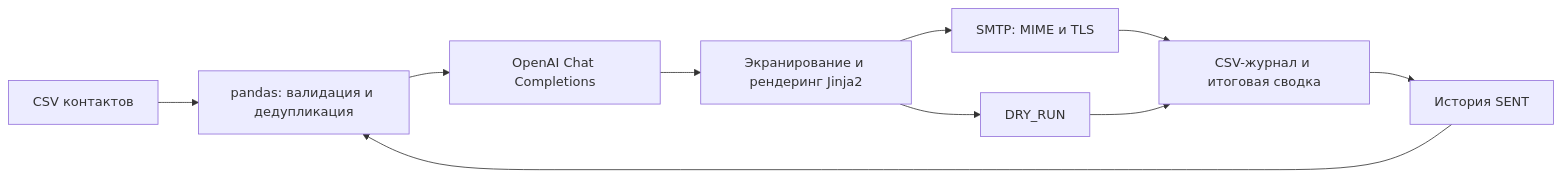
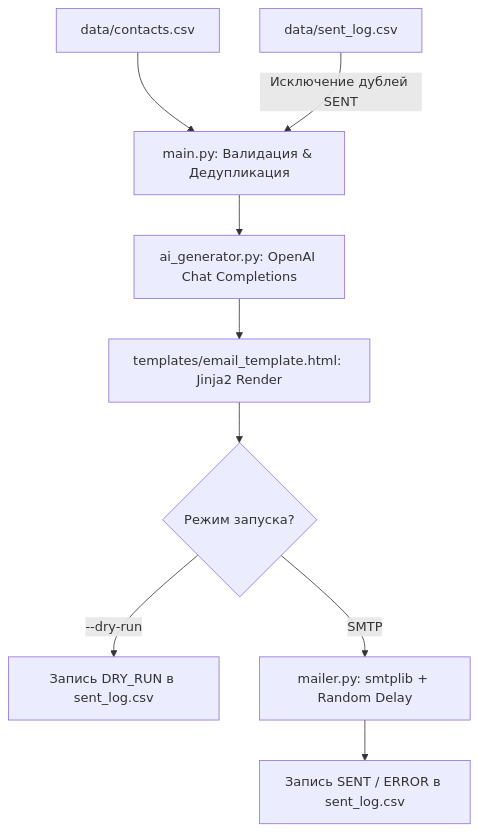
Before and after one commit to alex-hash986/Email_sender_auto: the diagram in README.md, drawn with Mermaid. The commit also changed other lines of this file, not shown here.

````diff
--- a/README.md
+++ b/README.md
@@ -24,12 +37,12 @@
 ```mermaid
-flowchart LR
-    A["CSV контактов"] --> B["pandas: валидация и дедупликация"]
-    H["История SENT"] --> B
-    B --> C["OpenAI Chat Completions"]
-    C --> D["Экранирование и рендеринг Jinja2"]
-    D --> E["SMTP: MIME и TLS"]
-    D --> F["DRY_RUN"]
-    E --> G["CSV-журнал и итоговая сводка"]
-    F --> G
-    G --> H
+flowchart TD
+    A[data/contacts.csv] --> B[main.py: Валидация & Дедупликация]
+    C[data/sent_log.csv] -->|Исключение дублей SENT| B
+    B --> D[ai_generator.py: OpenAI Chat Completions]
+    D --> E[templates/email_template.html: Jinja2 Render]
+    E --> F{Режим запуска?}
+    F -->|--dry-run| G[Запись DRY_RUN в sent_log.csv]
+    F -->|SMTP| H[mailer.py: smtplib + Random Delay]
+    H --> I[Запись SENT / ERROR в sent_log.csv]
+
 ```
````
